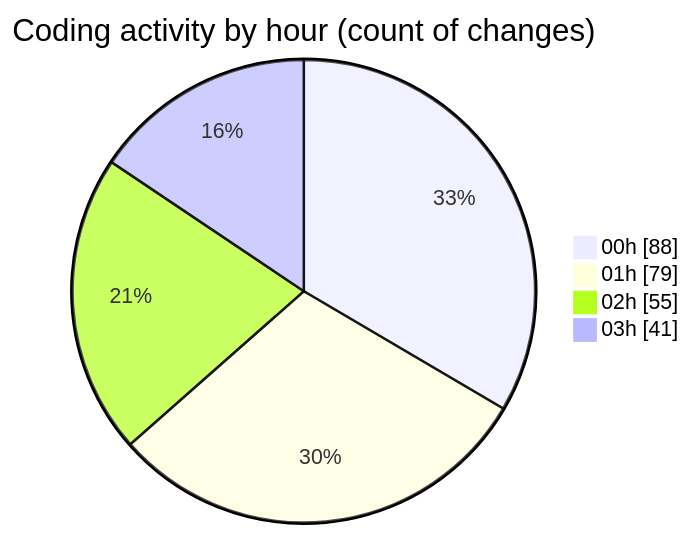
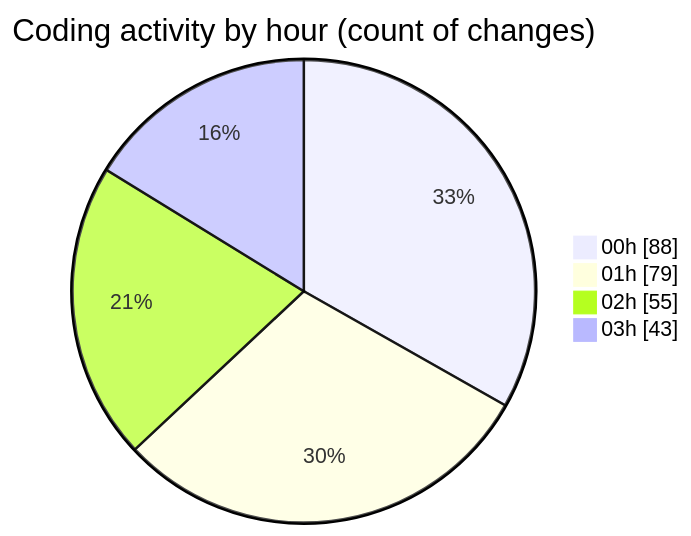
One commit to lephambinh05/code-tracking changed the second of 2 diagrams in 2025-08-16/rentotp/README.md. Above: the diagram before and after it, drawn with Mermaid. The commit also changed other lines of this file and 1 other file, not shown here.

````diff
--- a/2025-08-16/rentotp/README.md
+++ b/2025-08-16/rentotp/README.md
@@ -62,8 +62,8 @@
 ```mermaid
 pie showData
 title Coding activity by hour (count of changes)
 "00h" : 88
 "01h" : 79
 "02h" : 55
-"03h" : 41
+"03h" : 43
 ```
````
